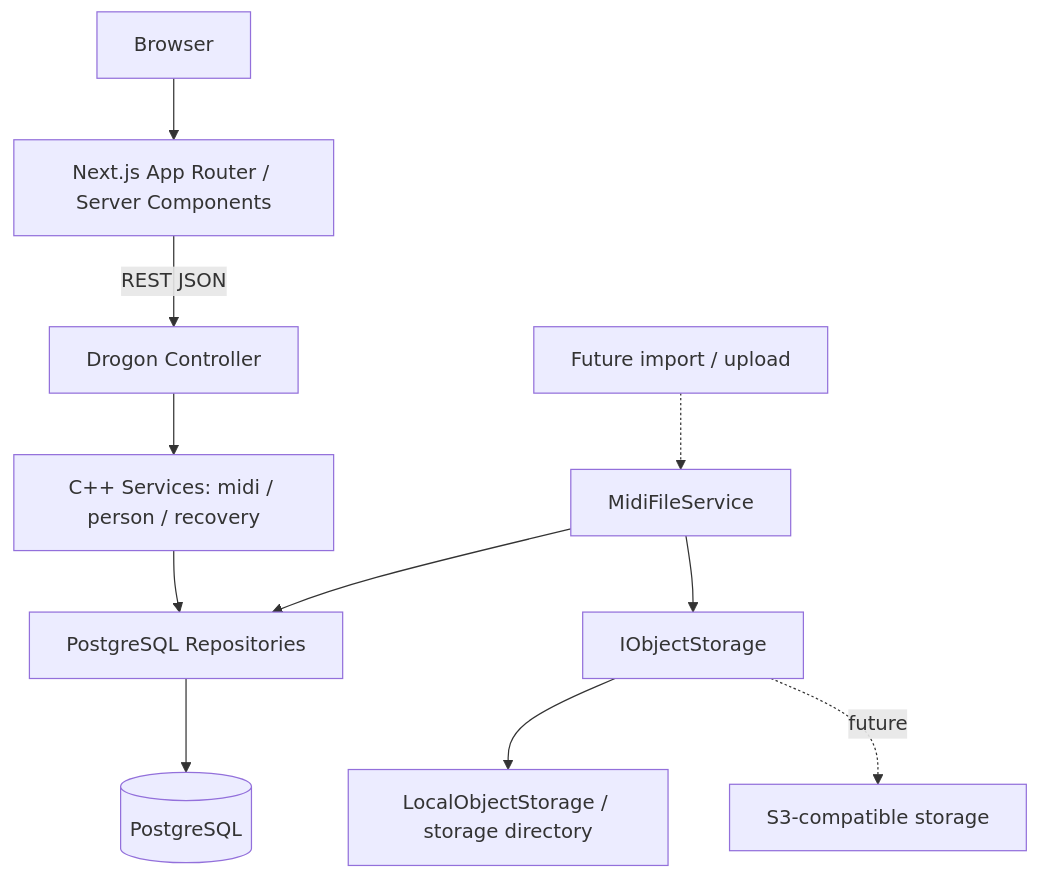
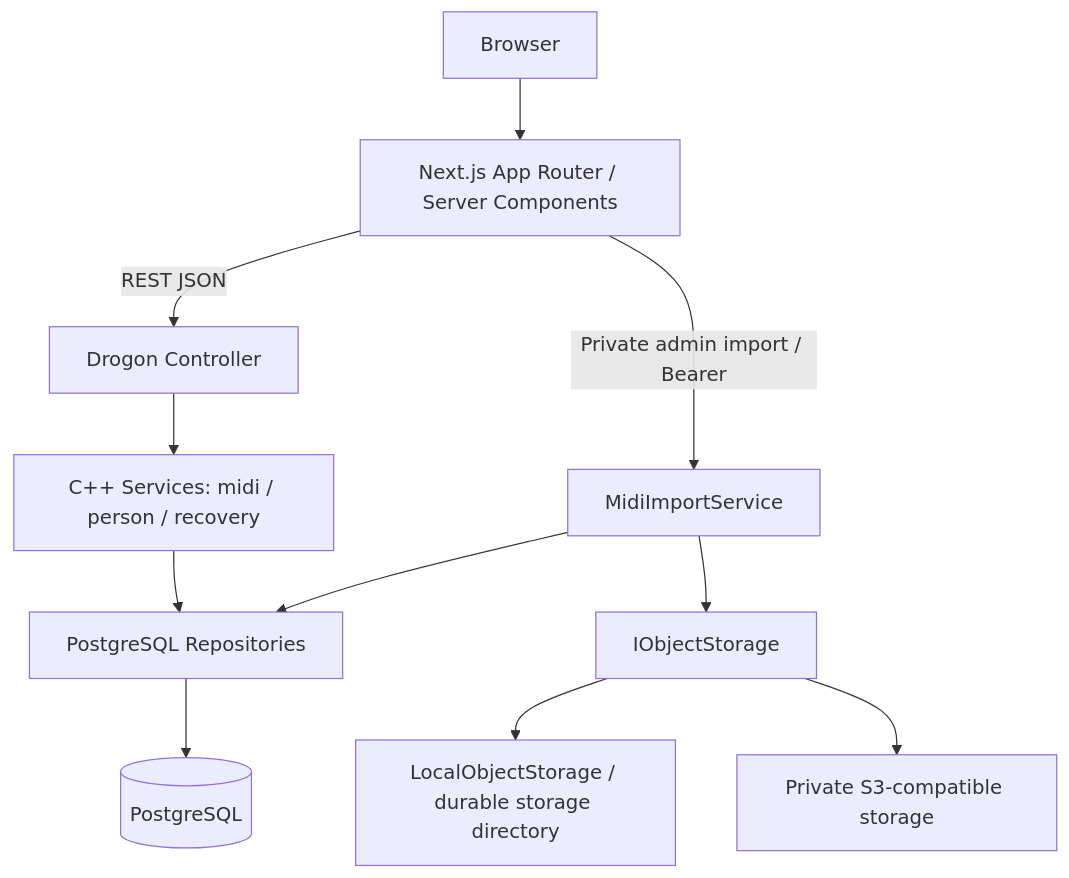
One commit to reisa531/LostMidi changed the diagram in README.md. Above: the diagram before and after it, drawn with Mermaid. The commit also changed other lines of this file and 39 other files, not shown here.

````diff
--- a/README.md
+++ b/README.md
@@ -13,13 +13,13 @@
 ```mermaid
 flowchart TD
   Browser --> Next[Next.js App Router / Server Components]
   Next -->|REST JSON| Controller[Drogon Controller]
   Controller --> Service[C++ Services: midi / person / recovery]
   Service --> Repository[PostgreSQL Repositories]
   Repository --> DB[(PostgreSQL)]
-  Import[Future import / upload] -.-> FileService[MidiFileService]
-  FileService --> Repository
-  FileService --> Storage[IObjectStorage]
-  Storage --> Local[LocalObjectStorage / storage directory]
-  Storage -. future .-> S3[S3-compatible storage]
+  Next -->|Private admin import / Bearer| Import[MidiImportService]
+  Import --> Repository
+  Import --> Storage[IObjectStorage]
+  Storage --> Local[LocalObjectStorage / durable storage directory]
+  Storage --> S3[Private S3-compatible storage]
 ```
````
